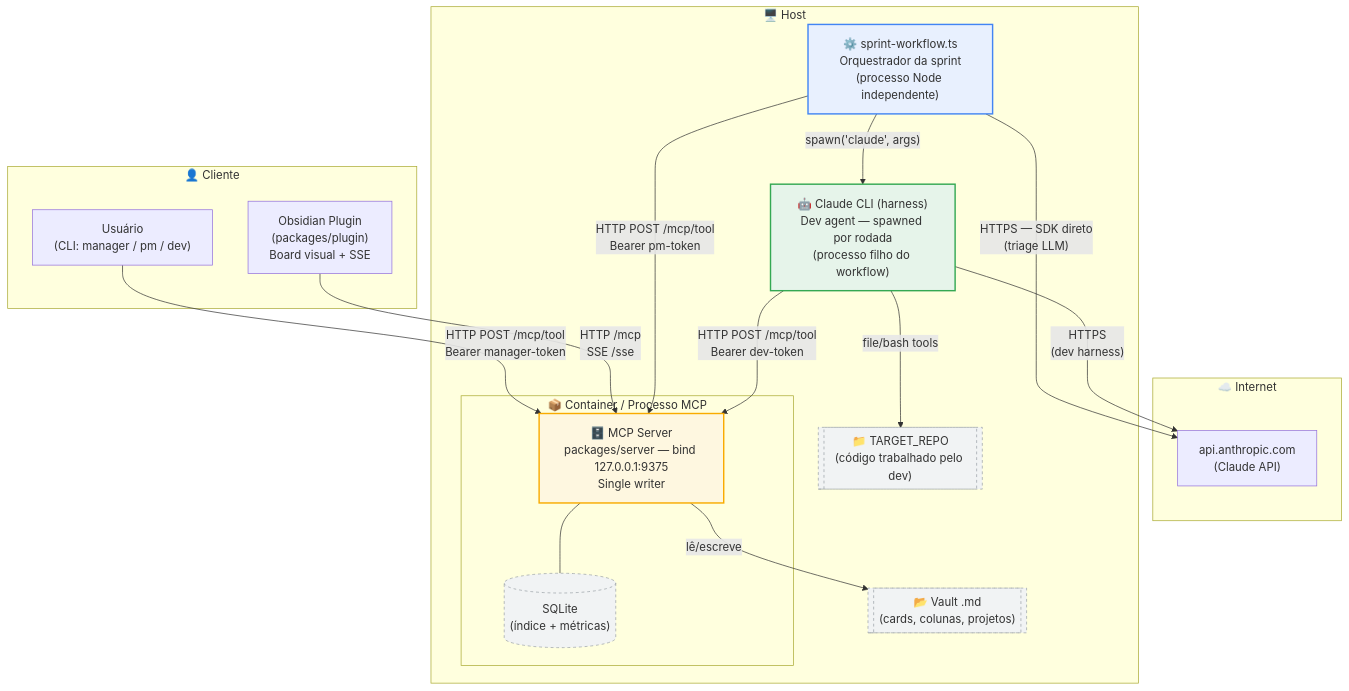
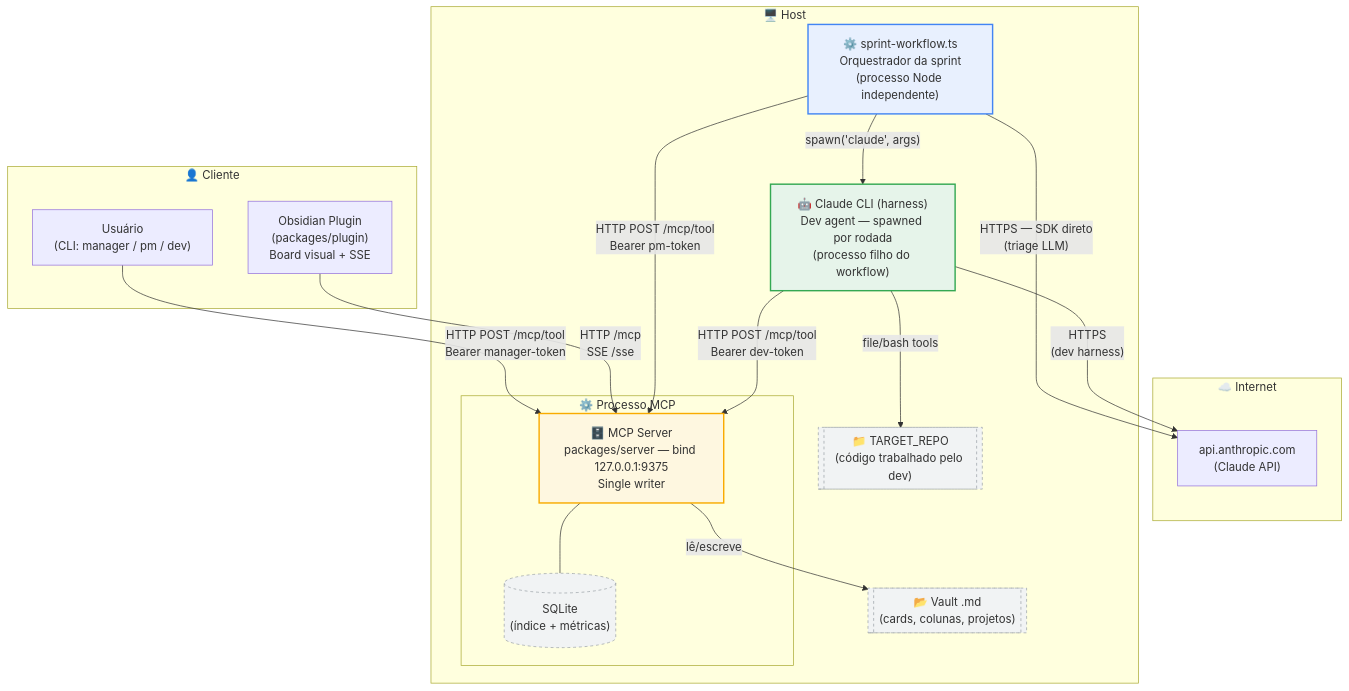
One commit to kauelopes/obsidianban changed the second of 9 diagrams in docs/for-developers/architecture.md. Above: the diagram before and after it, drawn with Mermaid. The commit also changed other lines of this file and 6 other files, not shown here.

````diff
--- a/docs/for-developers/architecture.md
+++ b/docs/for-developers/architecture.md
@@ -54,43 +54,43 @@
 ```mermaid
 flowchart TB
     subgraph internet["☁️ Internet"]
         CLAUDE_API["api.anthropic.com\n(Claude API)"]
     end
 
     subgraph host["🖥️ Host"]
-        subgraph container["📦 Container / Processo MCP"]
+        subgraph process_mcp["⚙️ Processo MCP"]
             SRV["🗄️ MCP Server\npackages/server — bind 127.0.0.1:9375\nSingle writer"]
             DB[("SQLite\n(índice + métricas)")]
             SRV --- DB
         end
 
         WF["⚙️ sprint-workflow.ts\nOrquestrador da sprint\n(processo Node independente)"]
         CLI["🤖 Claude CLI (harness)\nDev agent — spawned por rodada\n(processo filho do workflow)"]
         VAULT[["📂 Vault .md\n(cards, colunas, projetos)"]]
         REPO[["📁 TARGET_REPO\n(código trabalhado pelo dev)"]]
     end
 
     subgraph client["👤 Cliente"]
         OBS["Obsidian Plugin\n(packages/plugin)\nBoard visual + SSE"]
         USER["Usuário\n(CLI: manager / pm / dev)"]
     end
 
     USER -->|"HTTP POST /mcp/tool\nBearer manager-token"| SRV
     OBS -->|"HTTP /mcp\nSSE /sse"| SRV
     WF -->|"HTTP POST /mcp/tool\nBearer pm-token"| SRV
     WF -->|"HTTPS — SDK direto\n(triage LLM)"| CLAUDE_API
     WF -->|"spawn('claude', args)"| CLI
     CLI -->|"HTTP POST /mcp/tool\nBearer dev-token"| SRV
     CLI -->|"HTTPS\n(dev harness)"| CLAUDE_API
     CLI -->|"file/bash tools"| REPO
     SRV -->|"lê/escreve"| VAULT
 
     classDef srv fill:#fef7e0,stroke:#f9ab00,stroke-width:2px
     classDef wf fill:#e8f0fe,stroke:#4285f4,stroke-width:2px
     classDef cli fill:#e6f4ea,stroke:#34a853,stroke-width:2px
     classDef ext fill:#f1f3f4,stroke:#9aa0a6,stroke-width:1px,stroke-dasharray:4 4
     class SRV srv
     class WF wf
     class CLI cli
     class VAULT,REPO,DB ext
 ```
````
